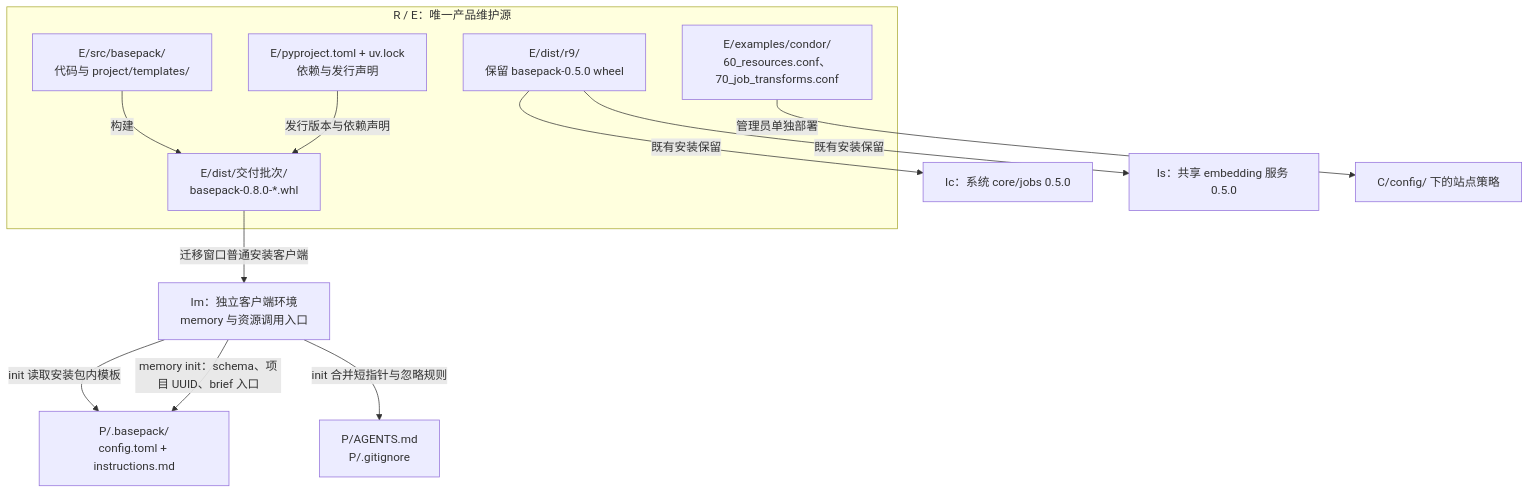
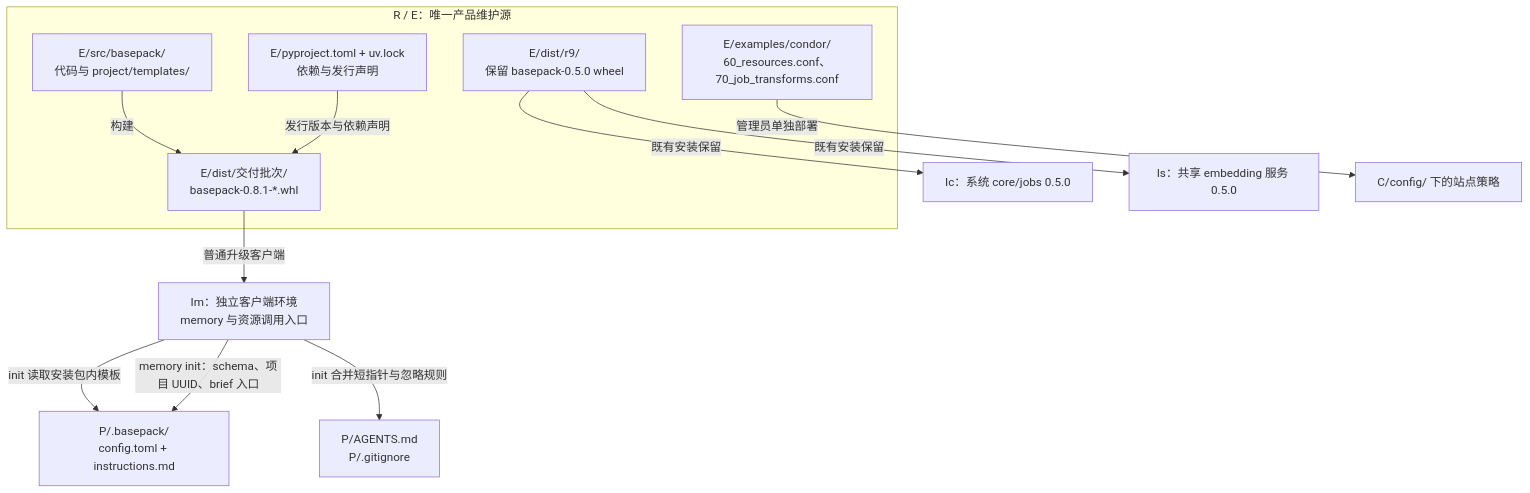
Before and after one commit to YS-Pan/basePack: the first of 8 diagrams in devDoc/system/diagrams.md, drawn with Mermaid. The commit also changed other lines of this file and 34 other files, not shown here.

````diff
--- a/devDoc/system/diagrams.md
+++ b/devDoc/system/diagrams.md
@@ -22,19 +22,19 @@
 ```mermaid
 flowchart TB
   subgraph source["R / E：唯一产品维护源"]
     code["E/src/basepack/<br/>代码与 project/templates/"]
     deps["E/pyproject.toml + uv.lock<br/>依赖与发行声明"]
-    wheel["E/dist/交付批次/<br/>basepack-0.8.0-*.whl"]
+    wheel["E/dist/交付批次/<br/>basepack-0.8.1-*.whl"]
     r9["E/dist/r9/<br/>保留 basepack-0.5.0 wheel"]
     policy["E/examples/condor/<br/>60_resources.conf、70_job_transforms.conf"]
     code -->|构建| wheel
     deps -->|发行版本与依赖声明| wheel
   end
-  wheel -->|迁移窗口普通安装客户端| memory["Im：独立客户端环境<br/>memory 与资源调用入口"]
+  wheel -->|普通升级客户端| memory["Im：独立客户端环境<br/>memory 与资源调用入口"]
   r9 -->|既有安装保留| core["Ic：系统 core/jobs 0.5.0"]
   r9 -->|既有安装保留| service["Is：共享 embedding 服务 0.5.0"]
   policy -->|管理员单独部署| condor["C/config/ 下的站点策略"]
   memory -->|init 读取安装包内模板| instance["P/.basepack/<br/>config.toml + instructions.md"]
   memory -->|init 合并短指针与忽略规则| entry["P/AGENTS.md<br/>P/.gitignore"]
   memory -->|memory init：schema、项目 UUID、brief 入口| instance
 ```
````
